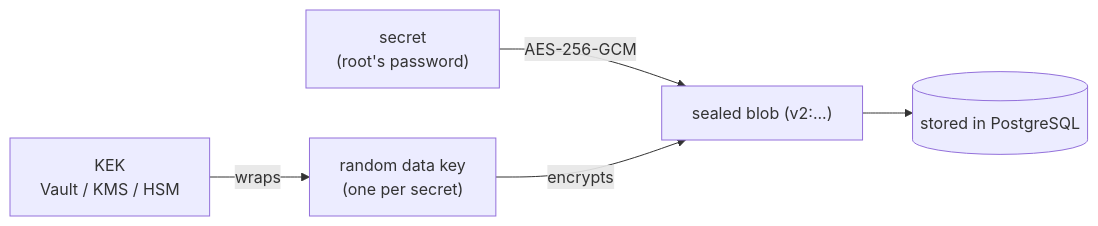
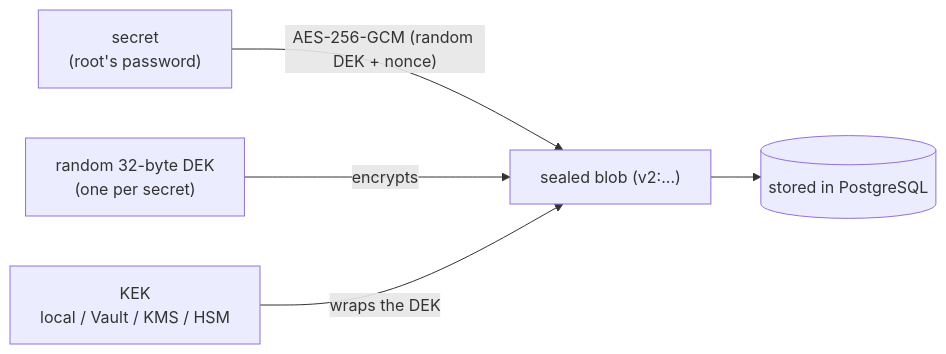
One commit to morandeirachema/PAMv1 changed the third of 4 diagrams in docs/SYSADMIN-GUIDE.md. Above: the diagram before and after it, drawn with Mermaid. The commit also changed other lines of this file, not shown here.

````diff
--- a/docs/SYSADMIN-GUIDE.md
+++ b/docs/SYSADMIN-GUIDE.md
@@ -165,7 +168,7 @@
 ```mermaid
 flowchart LR
-  S["secret<br/>(root's password)"] -->|AES-256-GCM| ENC["sealed blob (v2:...)"]
-  DK["random data key<br/>(one per secret)"] -->|encrypts| ENC
-  KEK["KEK<br/>Vault / KMS / HSM"] -->|wraps| DK
+  S["secret<br/>(root's password)"] -->|"AES-256-GCM (random DEK + nonce)"| ENC["sealed blob (v2:...)"]
+  DK["random 32-byte DEK<br/>(one per secret)"] -->|encrypts| ENC
+  KEK["KEK<br/>local / Vault / KMS / HSM"] -->|wraps the DEK| ENC
   ENC --> DBROW[("stored in PostgreSQL")]
 ```
````
